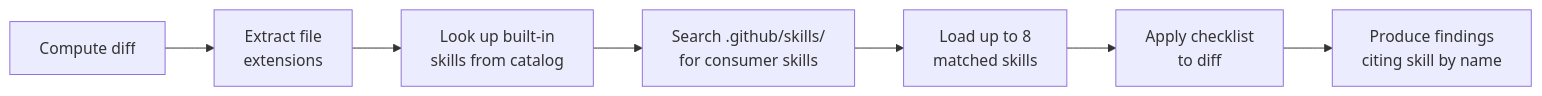
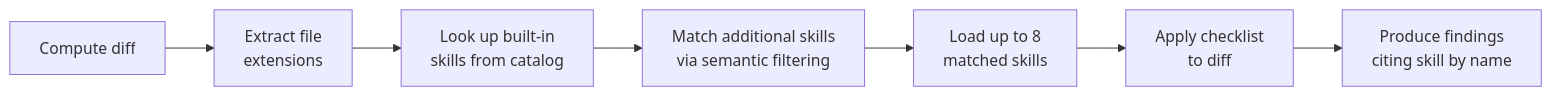
Before and after one commit to microsoft/hve-core: the second of 3 diagrams in docs/agents/code-review/language-skills.md, drawn with Mermaid. The commit also changed other lines of this file, not shown here.

Commit message:
align language-skills.md with semantic skill selection

````diff
--- a/docs/agents/code-review/language-skills.md
+++ b/docs/agents/code-review/language-skills.md
@@ -54,9 +54,9 @@
 ```mermaid
 flowchart LR
   A["Compute diff"] --> B["Extract file\nextensions"]
   B --> C["Look up built-in\nskills from catalog"]
-  C --> D["Search .github/skills/\nfor consumer skills"]
+  C --> D["Match additional skills<br/>via semantic filtering"]
   D --> E["Load up to 8\nmatched skills"]
   E --> F["Apply checklist\nto diff"]
   F --> G["Produce findings\nciting skill by name"]
 ```
````
